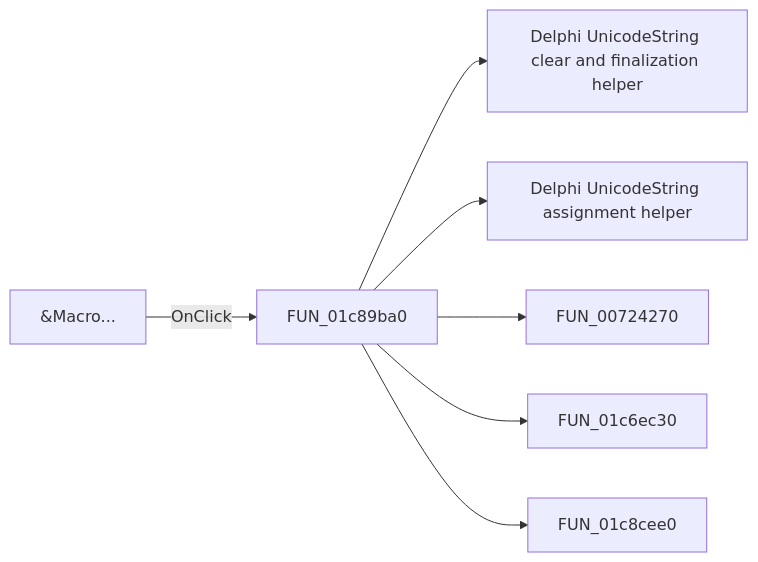
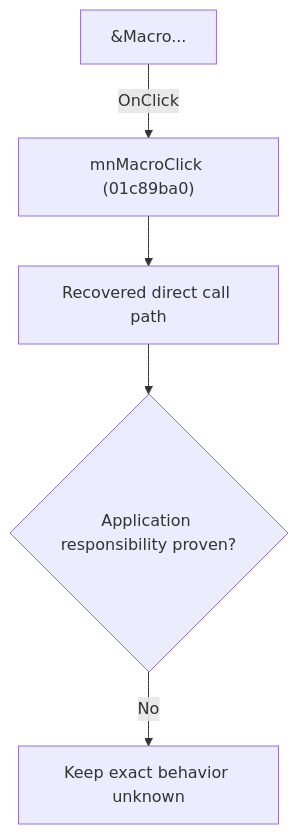
One commit to MovGP0/TIARA changed the diagram in docs/ui-controls/schematiceditor/mnmacro-c169e15825.md. Above: the diagram before and after it, drawn with Mermaid. The commit also changed other lines of this file and 1062 other files, not shown here.

````diff
--- a/docs/ui-controls/schematiceditor/mnmacro-c169e15825.md
+++ b/docs/ui-controls/schematiceditor/mnmacro-c169e15825.md
@@ -27,9 +27,7 @@
 ```mermaid
-flowchart LR
-    control["&Macro..."] -->|OnClick| handler["FUN_01c89ba0"]
-    handler --> call1["Delphi UnicodeString clear and finalization helper"]
-    handler --> call2["Delphi UnicodeString assignment helper"]
-    handler --> call3["FUN_00724270"]
-    handler --> call4["FUN_01c6ec30"]
-    handler --> call5["FUN_01c8cee0"]
+flowchart TD
+    control["&Macro..."] -->|"OnClick"| handler["mnMacroClick (01c89ba0)"]
+    handler --> recovered["Recovered direct call path"]
+    recovered --> gap{"Application responsibility proven?"}
+    gap -->|"No"| blocked["Keep exact behavior unknown"]
 ```
````
